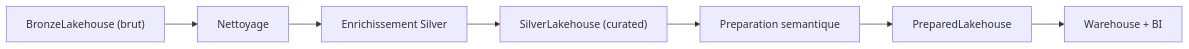
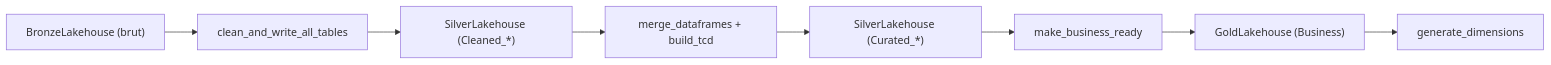
The diagram in README.md (willykinfoussia/FabricPackage), drawn with Mermaid before and after one commit. The commit also changed other lines of this file and 5 other files, not shown here.

First line of the commit message:
Add delete_lakehouse, bulk IO docs; bump version

````diff
--- a/README.md
+++ b/README.md
@@ -96,9 +106,10 @@
 ```mermaid
 flowchart LR
-    sourceLakehouse["BronzeLakehouse (brut)"] --> cleanStep["Nettoyage"]
-    cleanStep --> silverStep["Enrichissement Silver"]
-    silverStep --> curatedLakehouse["SilverLakehouse (curated)"]
-    curatedLakehouse --> preparedStep["Preparation semantique"]
-    preparedStep --> preparedLakehouse["PreparedLakehouse"]
-    preparedLakehouse --> warehouseStep["Warehouse + BI"]
+    sourceLakehouse["BronzeLakehouse (brut)"] --> cleanBulkStep["clean_and_write_all_tables"]
+    cleanBulkStep --> silverLakehouse["SilverLakehouse (Cleaned_*)"]
+    silverLakehouse --> dataframeStep["merge_dataframes + build_tcd"]
+    dataframeStep --> curatedSilver["SilverLakehouse (Curated_*)"]
+    curatedSilver --> businessStep["make_business_ready"]
+    businessStep --> goldLakehouse["GoldLakehouse (Business)"]
+    goldLakehouse --> dimensionsStep["generate_dimensions"]
 ```
````
